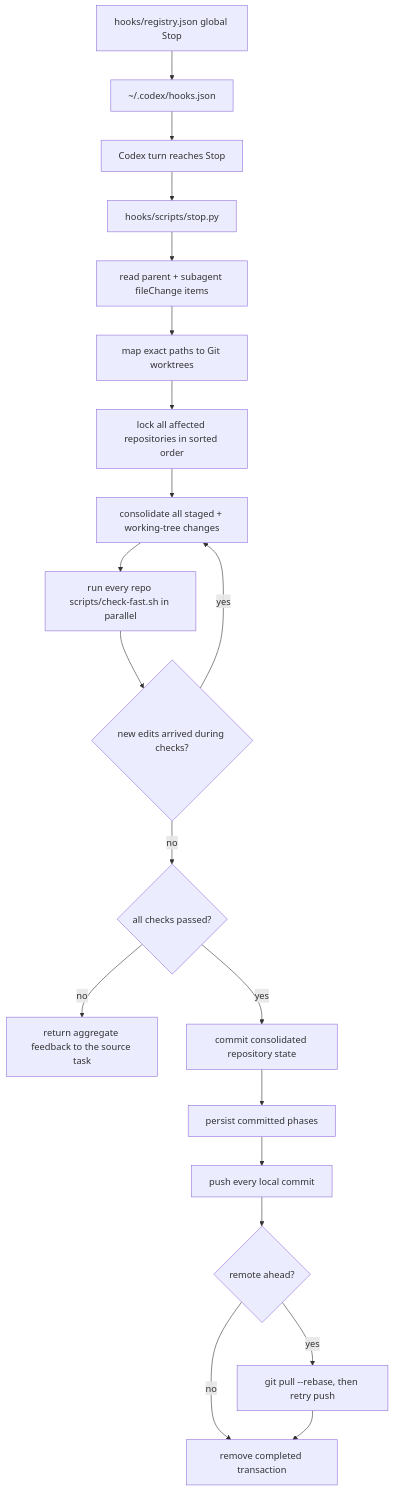
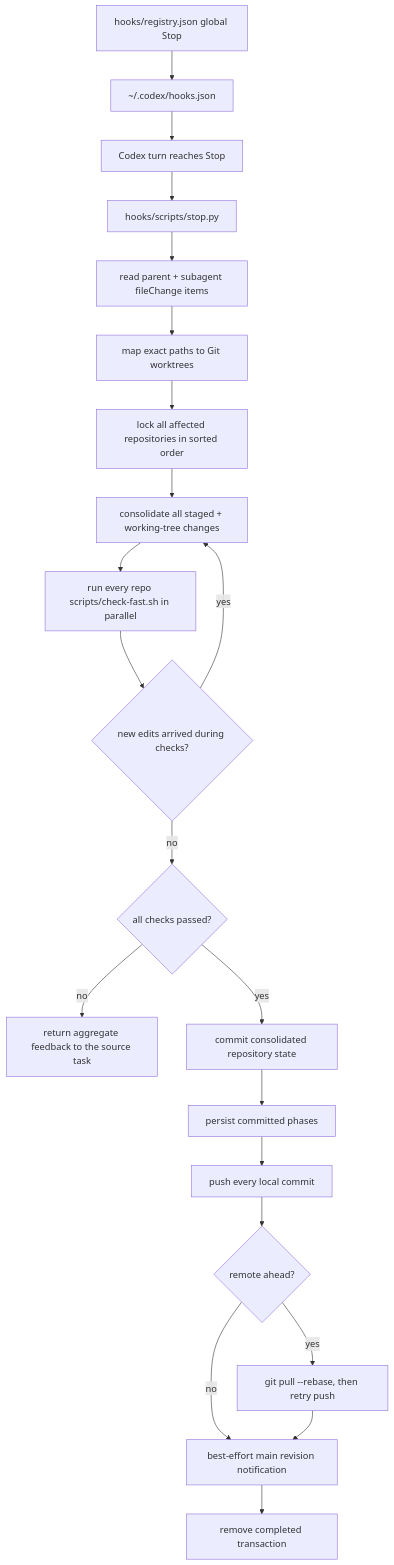
One commit to wisdom-in-a-nutshell/.agents changed the fifth of 5 diagrams in docs/architecture/codex-control-plane-script-flows.md. Above: the diagram before and after it, drawn with Mermaid. The commit also changed other lines of this file and 5 other files, not shown here.

````diff
--- a/docs/architecture/codex-control-plane-script-flows.md
+++ b/docs/architecture/codex-control-plane-script-flows.md
@@ -113,22 +113,23 @@
 ```mermaid
 flowchart TD
     A["hooks/registry.json global Stop"] --> B["~/.codex/hooks.json"]
     B --> C["Codex turn reaches Stop"]
     C --> D["hooks/scripts/stop.py"]
     D --> E["read parent + subagent fileChange items"]
     E --> F["map exact paths to Git worktrees"]
     F --> G["lock all affected repositories in sorted order"]
     G --> H["consolidate all staged + working-tree changes"]
     H --> I["run every repo scripts/check-fast.sh in parallel"]
     I --> J{"new edits arrived during checks?"}
     J -->|"yes"| H
     J -->|"no"| K{"all checks passed?"}
     K -->|"no"| L["return aggregate feedback to the source task"]
     K -->|"yes"| M["commit consolidated repository state"]
     M --> N["persist committed phases"]
     N --> O["push every local commit"]
     O --> P{"remote ahead?"}
     P -->|"yes"| Q["git pull --rebase, then retry push"]
-    P -->|"no"| R["remove completed transaction"]
+    P -->|"no"| R["best-effort main revision notification"]
     Q --> R
+    R --> S["remove completed transaction"]
 ```
````
